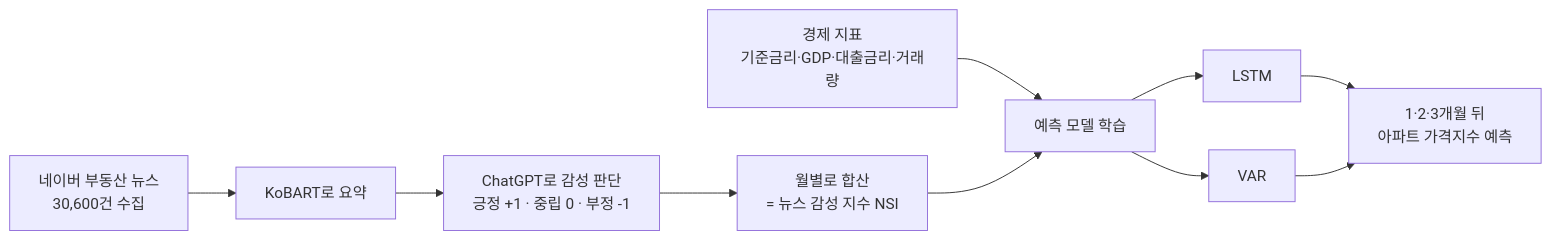
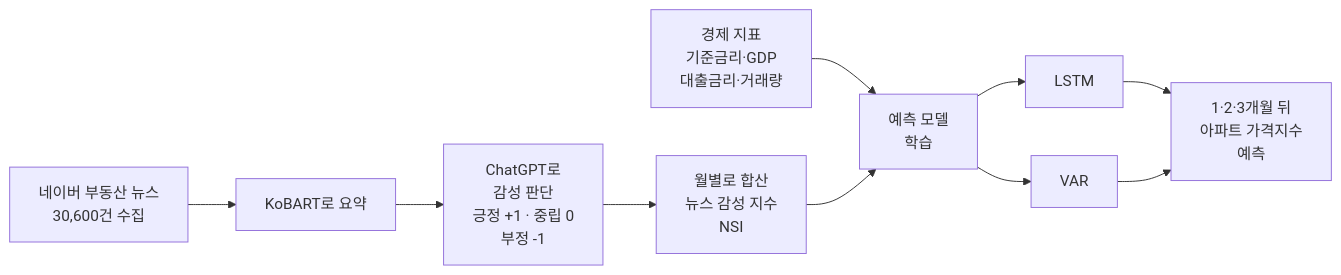
The first of 2 diagrams in 아파트매매가격예측/README.md (mjk022/portfolio), drawn with Mermaid before and after one commit. The commit also changed other lines of this file and 142 other files, not shown here.

Commit message:
추천시스템 웹 체험 페이지 추가, mermaid 라벨 줄바꿈 정리

````diff
--- a/아파트매매가격예측/README.md
+++ b/아파트매매가격예측/README.md
@@ -39,11 +39,11 @@
 ```mermaid
 flowchart LR
     A[네이버 부동산 뉴스<br/>30,600건 수집] --> B[KoBART로 요약]
-    B --> C[ChatGPT로 감성 판단<br/>긍정 +1 · 중립 0 · 부정 -1]
-    C --> D[월별로 합산<br/>= 뉴스 감성 지수 NSI]
-    E[경제 지표<br/>기준금리·GDP·대출금리·거래량] --> F[예측 모델 학습]
+    B --> C[ChatGPT로<br/>감성 판단<br/>긍정 +1 · 중립 0<br/>부정 -1]
+    C --> D[월별로 합산<br/>뉴스 감성 지수<br/>NSI]
+    E[경제 지표<br/>기준금리·GDP<br/>대출금리·거래량] --> F[예측 모델<br/>학습]
     D --> F
     F --> G1[LSTM]
     F --> G2[VAR]
-    G1 & G2 --> H[1·2·3개월 뒤<br/>아파트 가격지수 예측]
+    G1 & G2 --> H[1·2·3개월 뒤<br/>아파트 가격지수<br/>예측]
 ```
````
